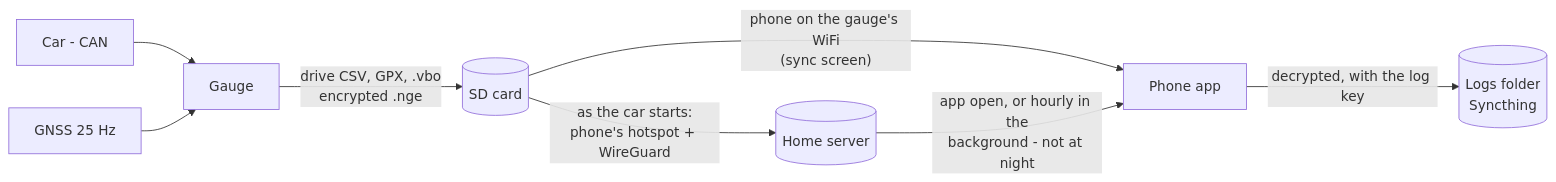
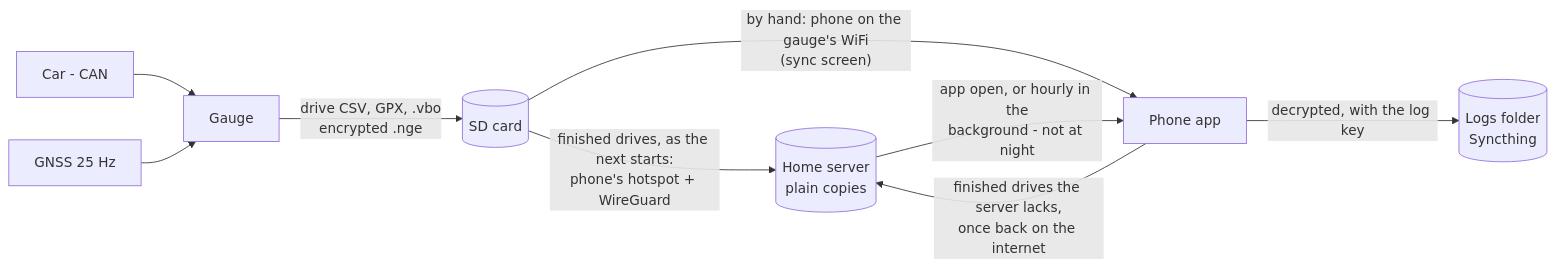
The first of 6 diagrams in docs/flows.md (kubiq/n-gauge), drawn with Mermaid before and after one commit. The commit also changed other lines of this file and 7 other files, not shown here.

````diff
--- a/docs/flows.md
+++ b/docs/flows.md
@@ -21,10 +25,11 @@
 ```mermaid
 flowchart LR
   car[Car - CAN] --> gauge
   gps[GNSS 25 Hz] --> gauge
   gauge[Gauge] -->|"drive CSV, GPX, .vbo<br/>encrypted .nge"| card[(SD card)]
-  card -->|"as the car starts:<br/>phone's hotspot + WireGuard"| server[(Home server)]
-  card -->|"phone on the gauge's WiFi<br/>(sync screen)"| phone[Phone app]
+  card -->|"finished drives, as the next starts:<br/>phone's hotspot + WireGuard"| server[(Home server<br/>plain copies)]
+  card -->|"by hand: phone on the gauge's WiFi<br/>(sync screen)"| phone[Phone app]
+  phone -->|"finished drives the server lacks,<br/>once back on the internet"| server
   server -->|"app open, or hourly in the<br/>background - not at night"| phone
   phone -->|"decrypted, with the log key"| folder[(Logs folder<br/>Syncthing)]
 ```
````
